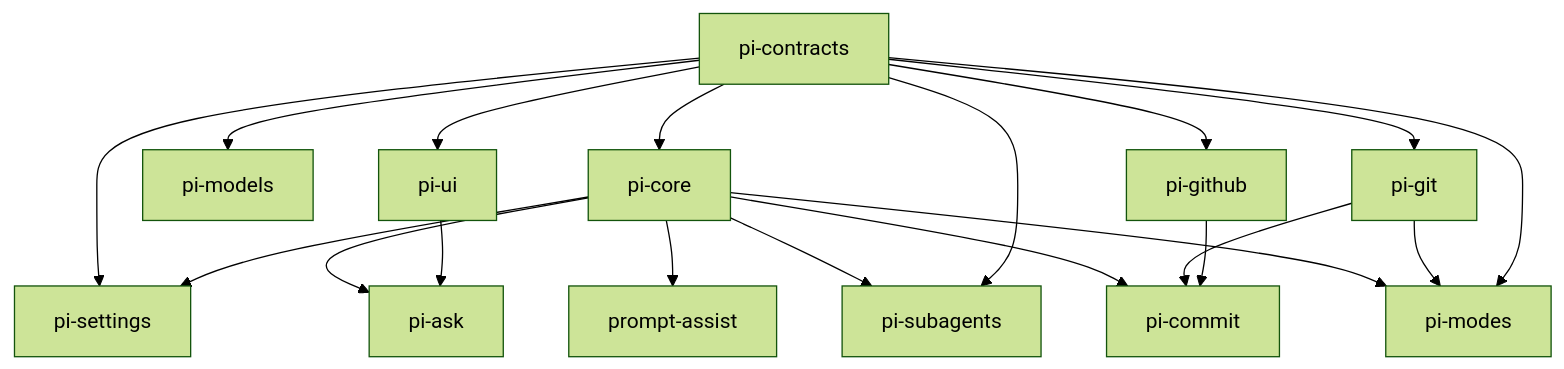
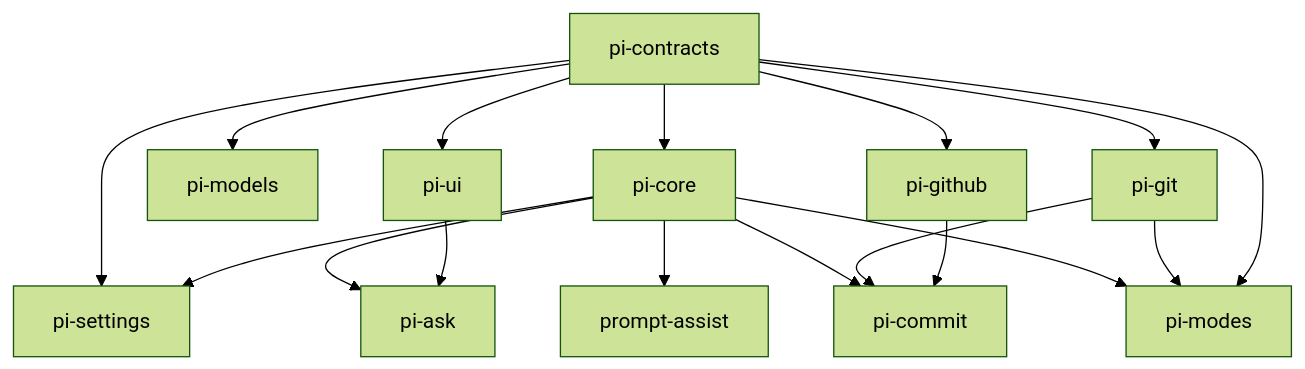
Before and after one commit to vegardx/pi-maestro: the first of 2 diagrams in docs/architecture.md, drawn with Mermaid (forest theme). The commit also changed other lines of this file and 5 other files, not shown here.

````diff
--- a/docs/architecture.md
+++ b/docs/architecture.md
@@ -8,34 +8,31 @@
 ```mermaid
 graph TD
 	contracts[pi-contracts]
 	core[pi-core]
 	settings[pi-settings]
 	models[pi-models]
 	ui[pi-ui]
 	git[pi-git]
 	github[pi-github]
 	ask[pi-ask]
 	prompt[prompt-assist]
-	subagents[pi-subagents]
 	commit[pi-commit]
 	modes[pi-modes]
 
 	contracts --> core
 	contracts --> settings
 	core --> settings
 	contracts --> models
 	contracts --> ui
 	contracts --> git
 	contracts --> github
 	core --> ask
 	ui --> ask
 	core --> prompt
-	core --> subagents
-	contracts --> subagents
 	core --> commit
 	git --> commit
 	github --> commit
 	core --> modes
 	git --> modes
 	contracts --> modes
 ```
````
